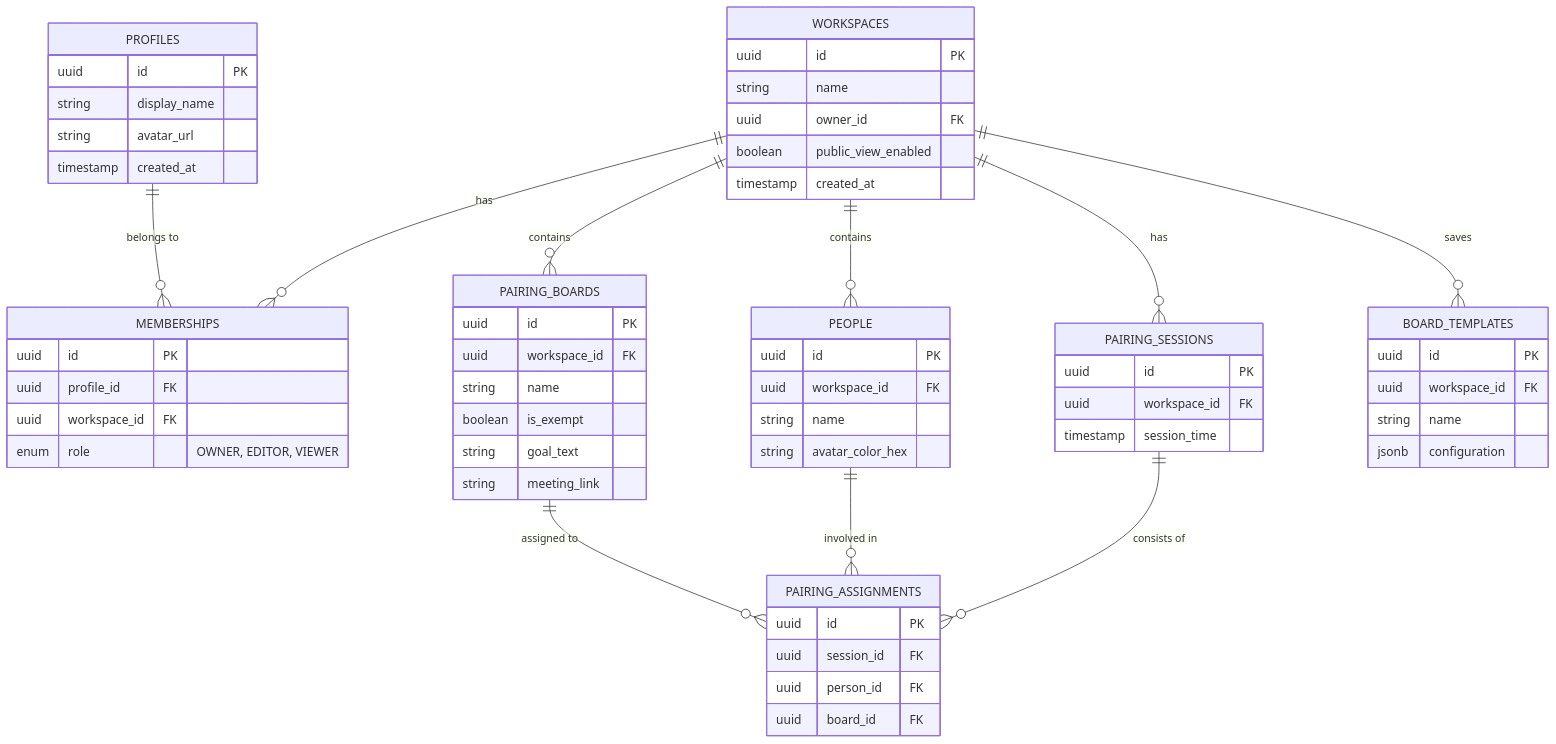
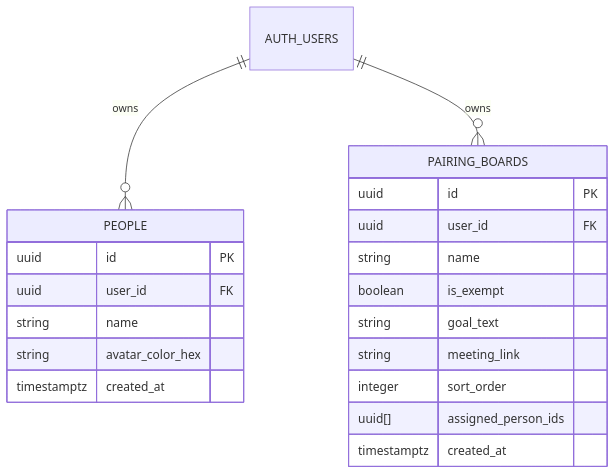
The first of 3 diagrams in docs/context/architecture.md (mketiku/parrit), drawn with Mermaid before and after one commit. The commit also changed other lines of this file and 10 other files, not shown here.

Commit message:
feat: toast notifications, real-time sync, schema moved to supabase/, docs updated

````diff
--- a/docs/context/architecture.md
+++ b/docs/context/architecture.md
@@ -7,71 +9,25 @@
 ```mermaid
 erDiagram
-    PROFILES ||--o{ MEMBERSHIPS : "belongs to"
-    WORKSPACES ||--o{ MEMBERSHIPS : "has"
-    WORKSPACES ||--o{ PEOPLE : "contains"
-    WORKSPACES ||--o{ PAIRING_BOARDS : "contains"
-    WORKSPACES ||--o{ PAIRING_SESSIONS : "has"
-    WORKSPACES ||--o{ BOARD_TEMPLATES : "saves"
-    
-    PAIRING_BOARDS ||--o{ PAIRING_ASSIGNMENTS : "assigned to"
-    PEOPLE ||--o{ PAIRING_ASSIGNMENTS : "involved in"
-    PAIRING_SESSIONS ||--o{ PAIRING_ASSIGNMENTS : "consists of"
-
-    PROFILES {
-        uuid id PK
-        string display_name
-        string avatar_url
-        timestamp created_at
-    }
-
-    WORKSPACES {
-        uuid id PK
-        string name
-        uuid owner_id FK
-        boolean public_view_enabled
-        timestamp created_at
-    }
-
-    MEMBERSHIPS {
-        uuid id PK
-        uuid profile_id FK
-        uuid workspace_id FK
-        enum role "OWNER, EDITOR, VIEWER"
-    }
+    AUTH_USERS ||--o{ PEOPLE : "owns"
+    AUTH_USERS ||--o{ PAIRING_BOARDS : "owns"
 
     PEOPLE {
         uuid id PK
-        uuid workspace_id FK
+        uuid user_id FK
         string name
         string avatar_color_hex
+        timestamptz created_at
     }
 
     PAIRING_BOARDS {
         uuid id PK
-        uuid workspace_id FK
+        uuid user_id FK
         string name
         boolean is_exempt
         string goal_text
         string meeting_link
-    }
-
-    PAIRING_SESSIONS {
-        uuid id PK
-        uuid workspace_id FK
-        timestamp session_time
-    }
-
-    PAIRING_ASSIGNMENTS {
-        uuid id PK
-        uuid session_id FK
-        uuid person_id FK
-        uuid board_id FK
-    }
-
-    BOARD_TEMPLATES {
-        uuid id PK
-        uuid workspace_id FK
-        string name
-        jsonb configuration
+        integer sort_order
+        uuid[] assigned_person_ids
+        timestamptz created_at
     }
 ```
````
